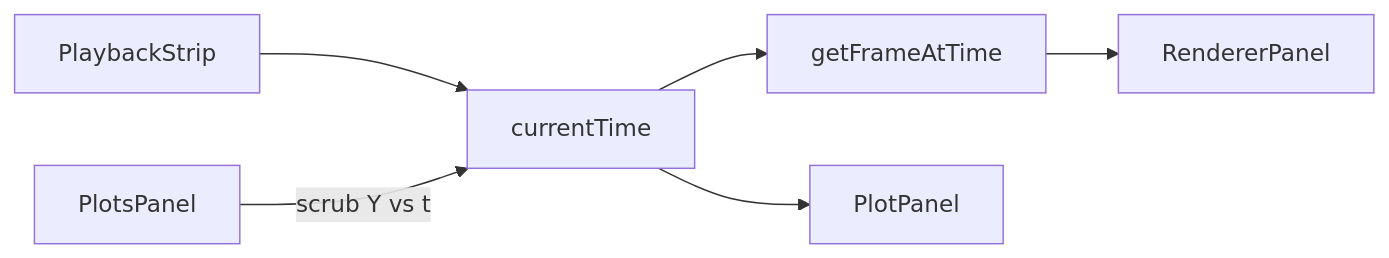
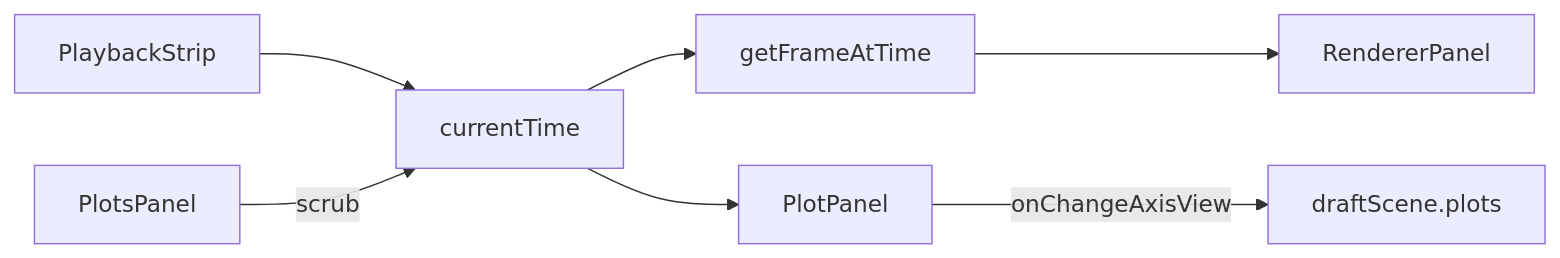
The diagram in mgview-plotting-scope.md (mgview/mgview), drawn with Mermaid before and after one commit. The commit also changed other lines of this file and 11 other files, not shown here.

````diff
--- a/mgview-plotting-scope.md
+++ b/mgview-plotting-scope.md
@@ -93,8 +130,9 @@
 ```mermaid
 flowchart LR
   PlaybackStrip --> currentTime
-  PlotsPanel -->|scrub Y vs t| currentTime
+  PlotsPanel -->|scrub| currentTime
   currentTime --> getFrameAtTime
   getFrameAtTime --> RendererPanel
   currentTime --> PlotPanel
+  PlotPanel -->|onChangeAxisView| draftScene.plots
 ```
````
